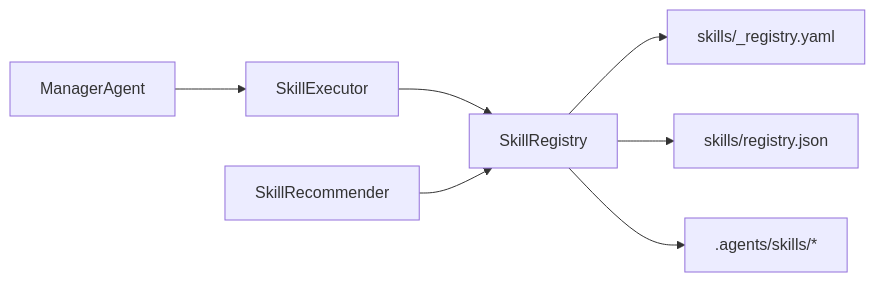
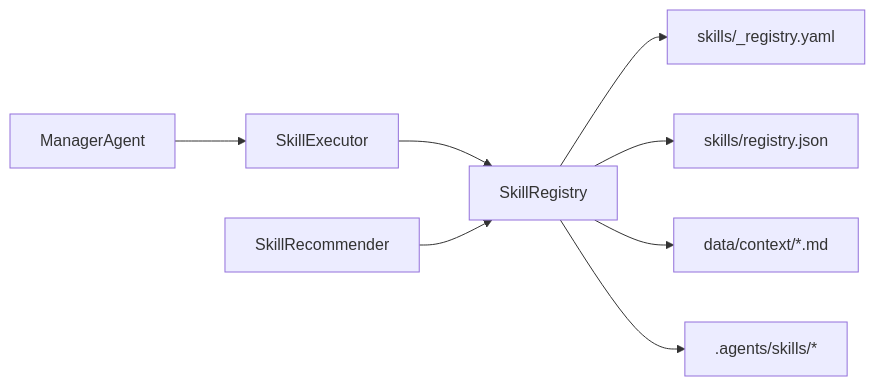
One commit to angledick/- changed the fifth of 5 diagrams in .qoder/repowiki/zh/content/核心业务模块/技能管理系统/技能管理系统.md. Above: the diagram before and after it, drawn with Mermaid. The commit also changed other lines of this file and 313 other files, not shown here.

````diff
--- a/.qoder/repowiki/zh/content/核心业务模块/技能管理系统/技能管理系统.md
+++ b/.qoder/repowiki/zh/content/核心业务模块/技能管理系统/技能管理系统.md
@@ -257,9 +268,10 @@
 ```mermaid
 graph LR
 MA["ManagerAgent"] --> SE["SkillExecutor"]
 SE --> SR["SkillRegistry"]
 RE["SkillRecommender"] --> SR
 SR --> YAML["skills/_registry.yaml"]
 SR --> JSON["skills/registry.json"]
+SR --> CTX["data/context/*.md"]
 SR --> ASSET[".agents/skills/*"]
 ```
````
